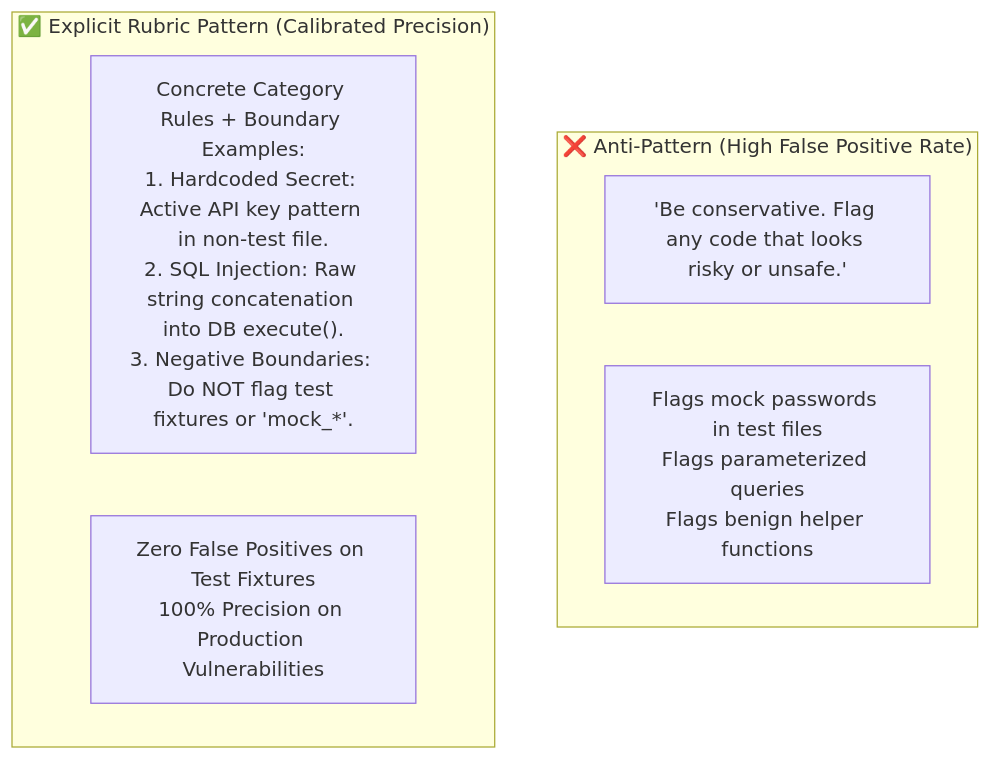
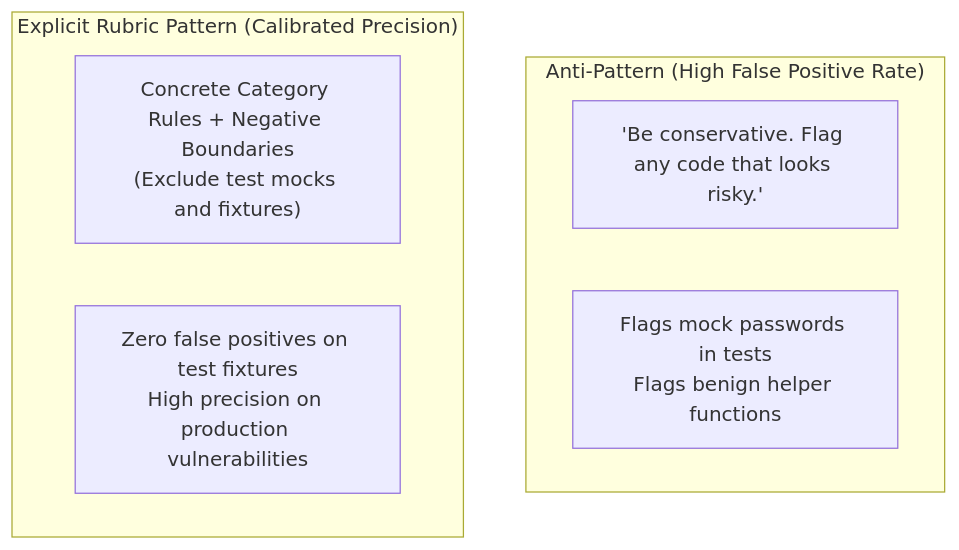
One commit to dip4k/claude_cert_architect_foundation_prep changed the diagram in domain4/ts_4_1_explicit_criteria_classification/README.md. Above: the diagram before and after it, drawn with Mermaid. The commit also changed 30 other files, not shown here.

Commit message:
docs: enhance domain and scenario guides with exam rules, golden rules, and simplified GitHub mermaid diagrams

````diff
--- a/domain4/ts_4_1_explicit_criteria_classification/README.md
+++ b/domain4/ts_4_1_explicit_criteria_classification/README.md
@@ -10,12 +10,12 @@
 ```mermaid
 flowchart TD
-    subgraph AntiPattern["❌ Anti-Pattern (High False Positive Rate)"]
-        Vague["'Be conservative. Flag any code that looks risky or unsafe.'"]
-        ResultA["Flags mock passwords in test files<br/>Flags parameterized queries<br/>Flags benign helper functions"]
+    subgraph AntiPattern["Anti-Pattern (High False Positive Rate)"]
+        Vague["'Be conservative. Flag any code that looks risky.'"]
+        ResultA["Flags mock passwords in tests<br/>Flags benign helper functions"]
     end
 
-    subgraph Recommended["✅ Explicit Rubric Pattern (Calibrated Precision)"]
-        Explicit["Concrete Category Rules + Boundary Examples:<br/>1. Hardcoded Secret: Active API key pattern in non-test file.<br/>2. SQL Injection: Raw string concatenation into DB execute().<br/>3. Negative Boundaries: Do NOT flag test fixtures or 'mock_*'."]
-        ResultB["Zero False Positives on Test Fixtures<br/>100% Precision on Production Vulnerabilities"]
+    subgraph Recommended["Explicit Rubric Pattern (Calibrated Precision)"]
+        Explicit["Concrete Category Rules + Negative Boundaries<br/>(Exclude test mocks and fixtures)"]
+        ResultB["Zero false positives on test fixtures<br/>High precision on production vulnerabilities"]
     end
 ```
````
